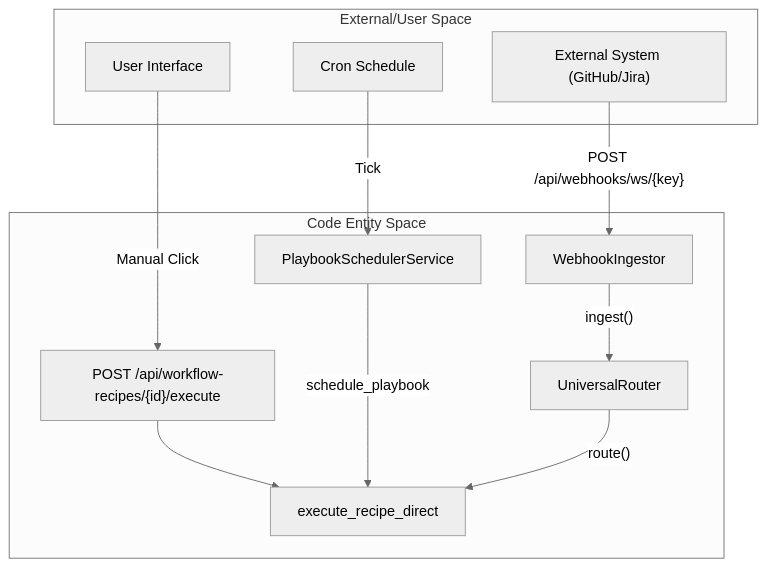
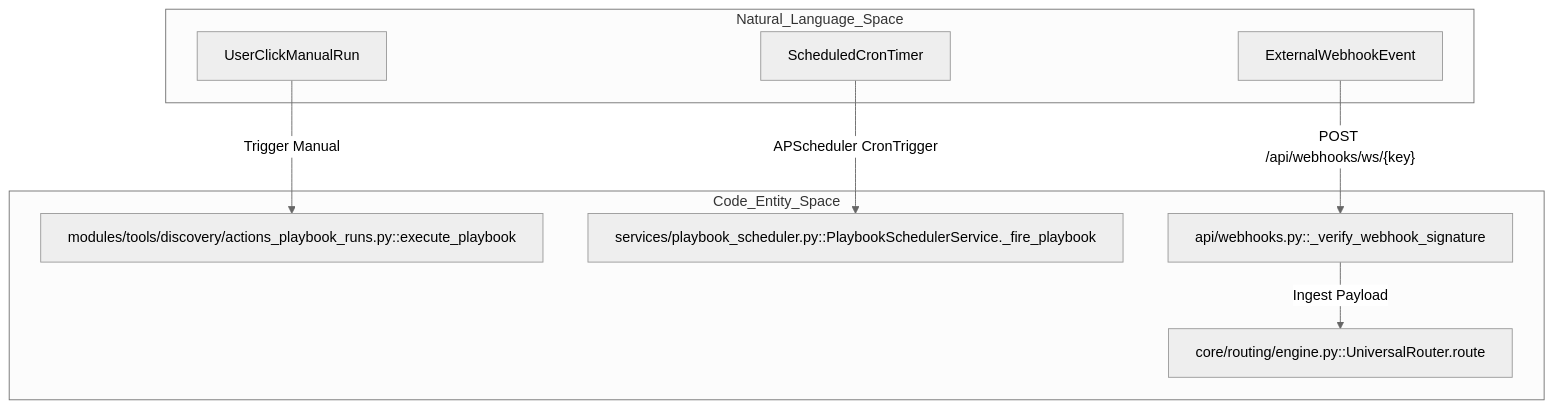
Before and after one commit to AutomatosAI/automatos-ai: the first of 2 diagrams in docs/workflows-recipes/scheduling-triggers.md, drawn with Mermaid (neutral theme). The commit also changed other lines of this file and 188 other files, not shown here.

First line of the commit message:
docs: refresh architecture docs and add coverage for new subsystems (#1416)

````diff
--- a/docs/workflows-recipes/scheduling-triggers.md
+++ b/docs/workflows-recipes/scheduling-triggers.md
@@ -62,25 +75,21 @@
 ```mermaid
 graph TD
-    subgraph "External/User Space"
-        User["User Interface"]
-        Timer["Cron Schedule"]
-        Ext["External System (GitHub/Jira)"]
+    subgraph "Natural_Language_Space"
+        User["UserClickManualRun"]
+        Timer["ScheduledCronTimer"]
+        Ext["ExternalWebhookEvent"]
     end
 
-    subgraph "Code Entity Space"
-        API["POST /api/workflow-recipes/{id}/execute"]
-        Sched["PlaybookSchedulerService"]
-        Web["WebhookIngestor"]
-        Router["UniversalRouter"]
-        Exec["execute_recipe_direct"]
+    subgraph "Code_Entity_Space"
+        API["modules/tools/discovery/actions_playbook_runs.py::execute_playbook"]
+        Sched["services/playbook_scheduler.py::PlaybookSchedulerService._fire_playbook"]
+        Web["api/webhooks.py::_verify_webhook_signature"]
+        Router["core/routing/engine.py::UniversalRouter.route"]
     end
 
-    User -->|"Manual Click"| API
-    Timer -->|"Tick"| Sched
+    User -->|"Trigger Manual"| API
+    Timer -->|"APScheduler CronTrigger"| Sched
     Ext -->|"POST /api/webhooks/ws/{key}"| Web
     
-    API --> Exec
-    Sched -->|"schedule_playbook"| Exec
-    Web -->|"ingest()"| Router
-    Router -->|"route()"| Exec
+    Web -->|"Ingest Payload"| Router
 ```
````
